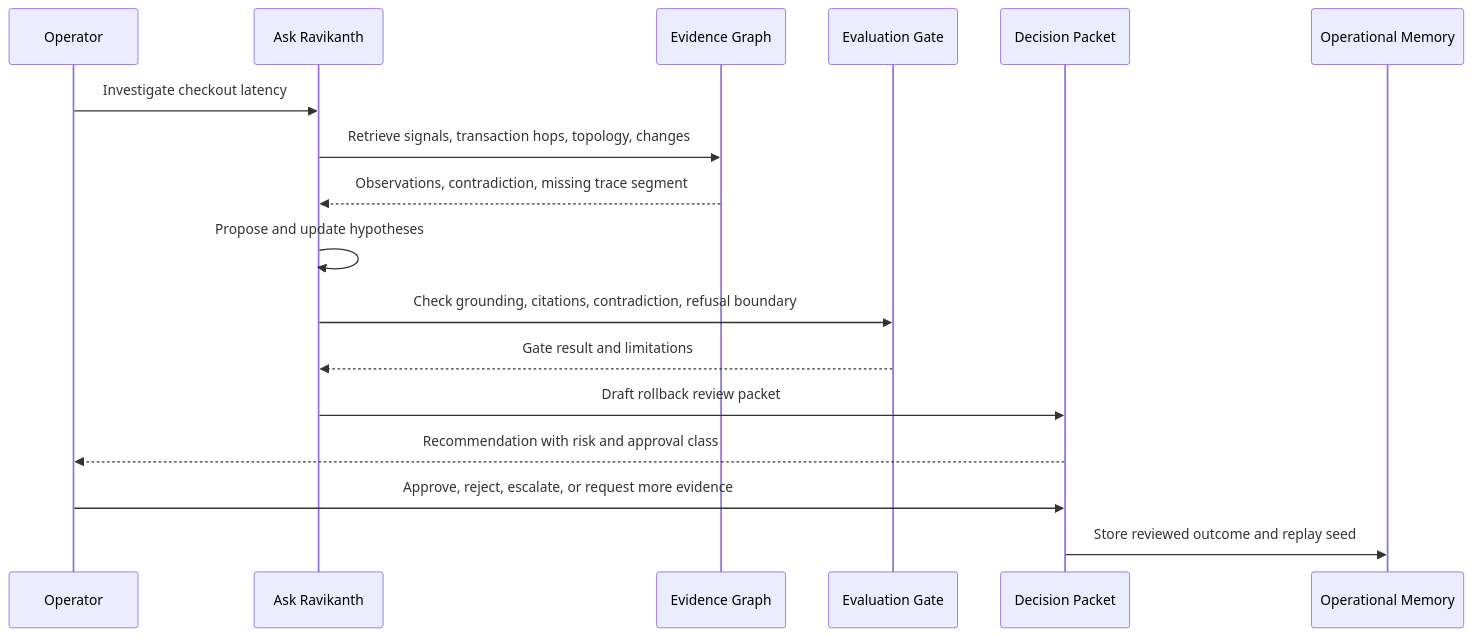
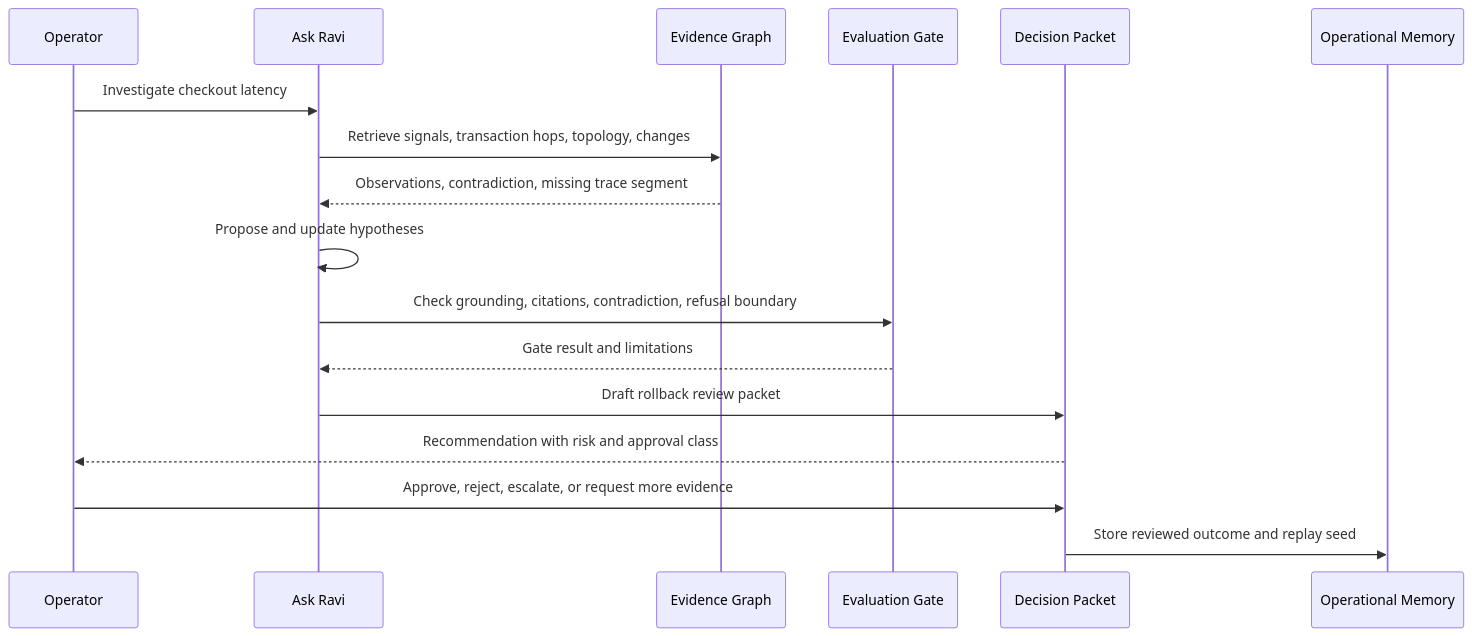
Before and after one commit to rseri17-code/seri-ai: the fifth of 8 diagrams in public/publication-pack/operational-intelligence-diagrams.md, drawn with Mermaid. The commit also changed 36 other files, not shown here.

Commit message:
Disclose Ask Ravi as AI assistant

````diff
--- a/public/publication-pack/operational-intelligence-diagrams.md
+++ b/public/publication-pack/operational-intelligence-diagrams.md
@@ -99,20 +99,20 @@
 ```mermaid
 sequenceDiagram
   participant Operator
-  participant Ask as Ask Ravikanth
+  participant Ask as Ask Ravi
   participant Evidence as Evidence Graph
   participant Eval as Evaluation Gate
   participant Decision as Decision Packet
   participant Memory as Operational Memory
 
   Operator->>Ask: Investigate checkout latency
   Ask->>Evidence: Retrieve signals, transaction hops, topology, changes
   Evidence-->>Ask: Observations, contradiction, missing trace segment
   Ask->>Ask: Propose and update hypotheses
   Ask->>Eval: Check grounding, citations, contradiction, refusal boundary
   Eval-->>Ask: Gate result and limitations
   Ask->>Decision: Draft rollback review packet
   Decision-->>Operator: Recommendation with risk and approval class
   Operator->>Decision: Approve, reject, escalate, or request more evidence
   Decision->>Memory: Store reviewed outcome and replay seed
 ```
````
